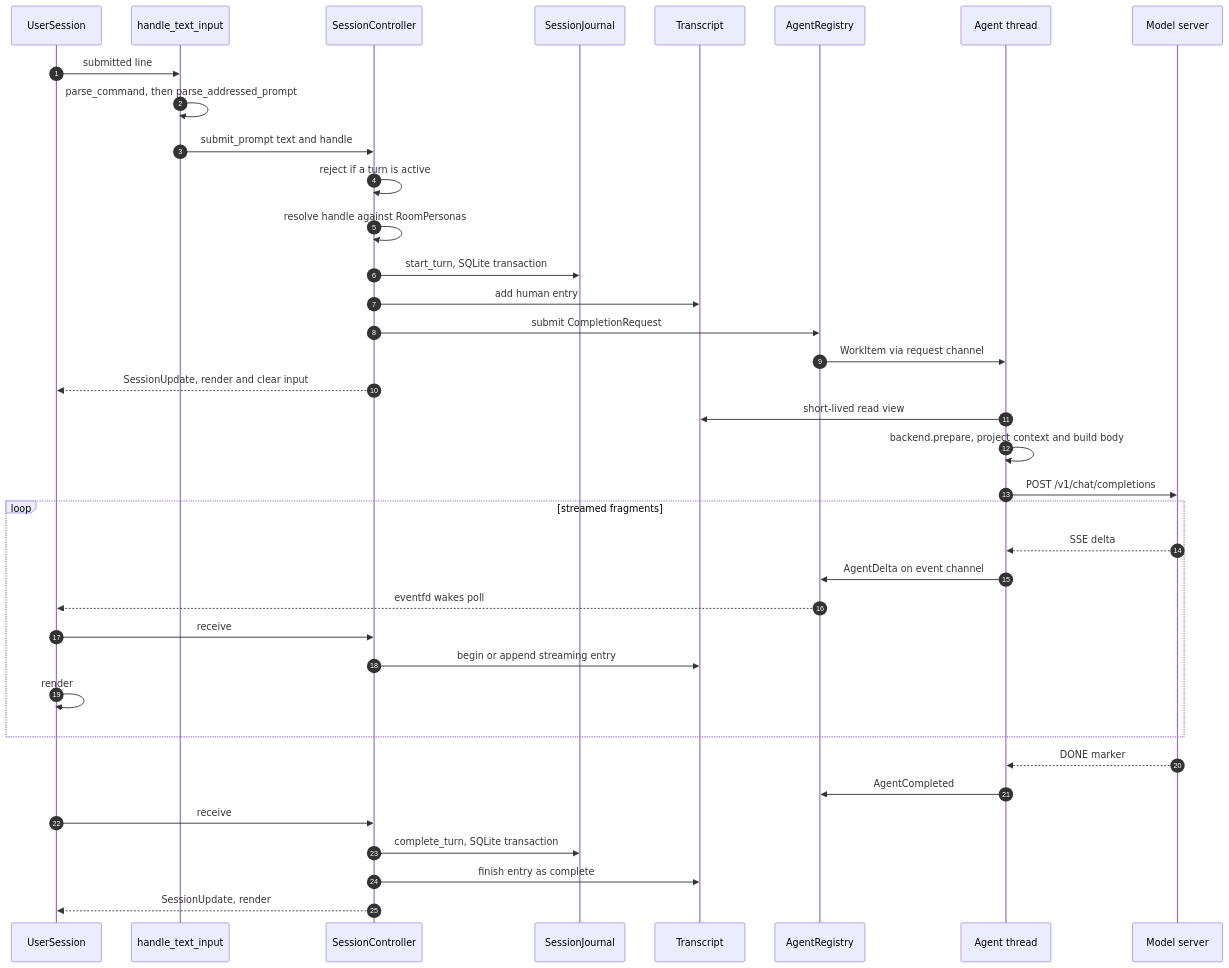
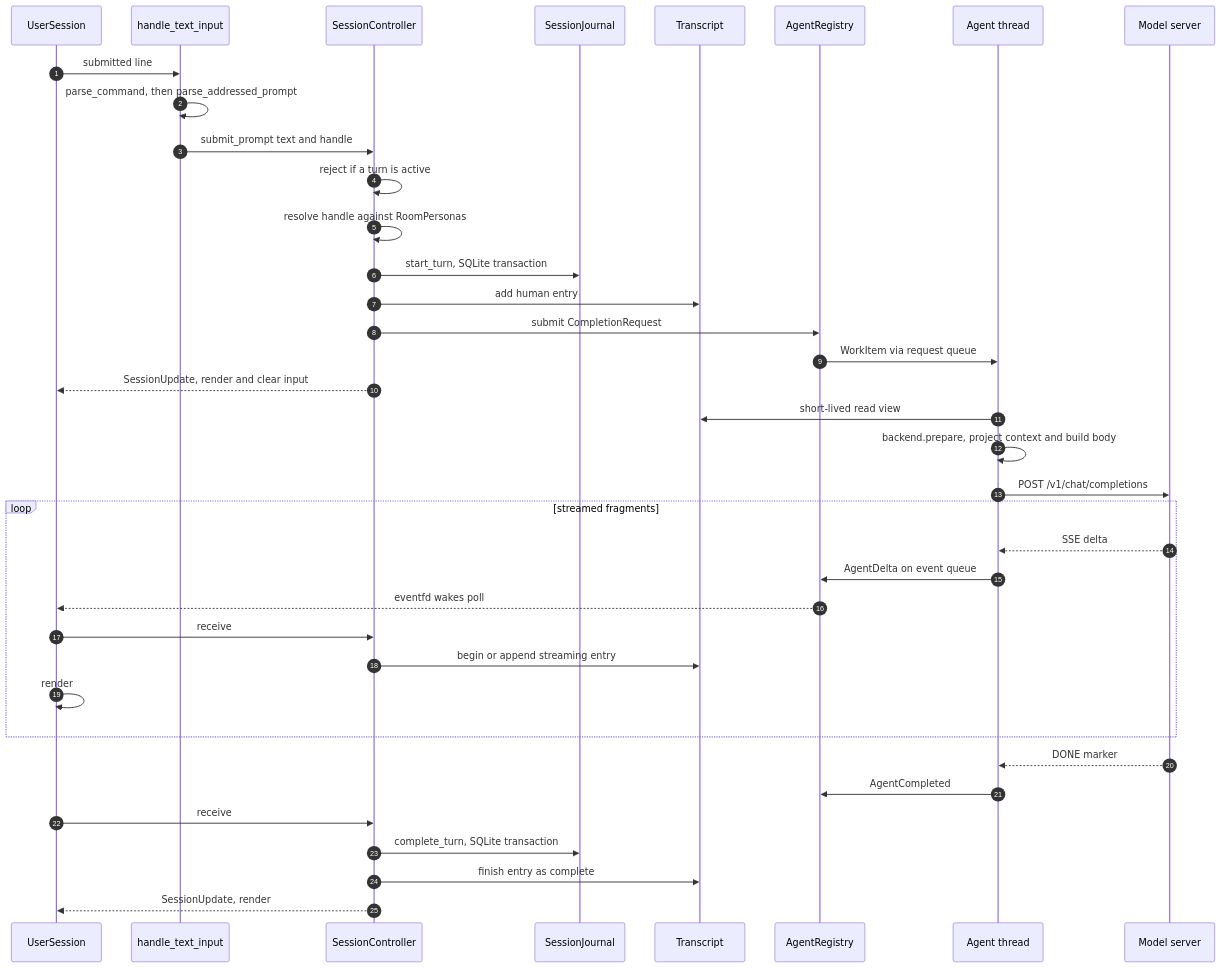
The third of 4 diagrams in src/README.md (michaelpopov/cha), drawn with Mermaid before and after one commit. The commit also changed other lines of this file and 39 other files, not shown here.

````diff
--- a/src/README.md
+++ b/src/README.md
@@ -211,41 +214,41 @@
 ```mermaid
 sequenceDiagram
     autonumber
     participant U as UserSession
     participant T as handle_text_input
     participant C as SessionController
     participant J as SessionJournal
     participant V as Transcript
     participant G as AgentRegistry
     participant W as Agent thread
     participant P as Model server
 
     U->>T: submitted line
     T->>T: parse_command, then parse_addressed_prompt
     T->>C: submit_prompt text and handle
     C->>C: reject if a turn is active
     C->>C: resolve handle against RoomPersonas
     C->>J: start_turn, SQLite transaction
     C->>V: add human entry
     C->>G: submit CompletionRequest
-    G->>W: WorkItem via request channel
+    G->>W: WorkItem via request queue
     C-->>U: SessionUpdate, render and clear input
 
     W->>V: short-lived read view
     W->>W: backend.prepare, project context and build body
     W->>P: POST /v1/chat/completions
     loop streamed fragments
         P-->>W: SSE delta
-        W->>G: AgentDelta on event channel
+        W->>G: AgentDelta on event queue
         G-->>U: eventfd wakes poll
         U->>C: receive
         C->>V: begin or append streaming entry
         U->>U: render
     end
     P-->>W: DONE marker
     W->>G: AgentCompleted
     U->>C: receive
     C->>J: complete_turn, SQLite transaction
     C->>V: finish entry as complete
     C-->>U: SessionUpdate, render
 ```
````
